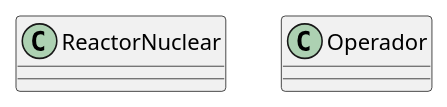
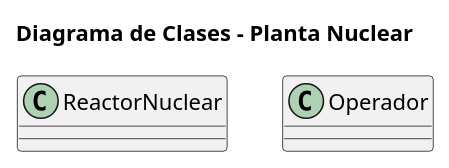
Before and after one commit to AndresRabbione/TPBackup: the diagram in src/diagramas/diagrama_de_clases_principal.puml, drawn with PlantUML.

Commit message:
Actualizado diagrama de clases

```diff
--- a/src/diagramas/diagrama_de_clases_principal.puml
+++ b/src/diagramas/diagrama_de_clases_principal.puml
@@ -1,11 +1,12 @@
 @startuml Planta Nuclear
+title Diagrama de Clases - Planta Nuclear
 
 class ReactorNuclear {
 }
 
 'Homero? u Operador?
 class Operador { 
 }
 
 
 @enduml
```
